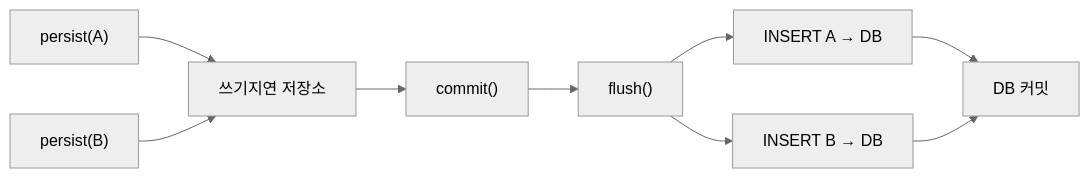
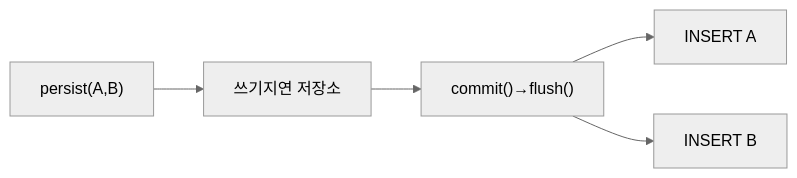
Before and after one commit to yjkim2015/yjkim2015.github.io: the fourth of 5 diagrams in _posts/jpa/2021-10-17-Jpa 영속성 관리.md, drawn with Mermaid (neutral theme). The commit also changed 163 other files, not shown here.

First line of the commit message:
Mermaid 300개 블록 내용 축소: 5노드 5엣지 이하, 의미 있는 약어

````diff
--- a/_posts/jpa/2021-10-17-Jpa 영속성 관리.md
+++ b/_posts/jpa/2021-10-17-Jpa 영속성 관리.md
@@ -154,9 +154,6 @@
 ```mermaid
 graph LR
-    PA["persist(A)"] --> SQL["쓰기지연 저장소"]
-    PB["persist(B)"] --> SQL
-    SQL --> TC["commit()"] --> FL["flush()"]
-    FL --> DB1["INSERT A → DB"]
-    FL --> DB2["INSERT B → DB"]
-    DB1 & DB2 --> CM["DB 커밋"]
+    PA["persist(A,B)"] --> SQL["쓰기지연 저장소"]
+    SQL --> TC["commit()→flush()"]
+    TC --> DB1["INSERT A"] & DB2["INSERT B"]
 ```
````
